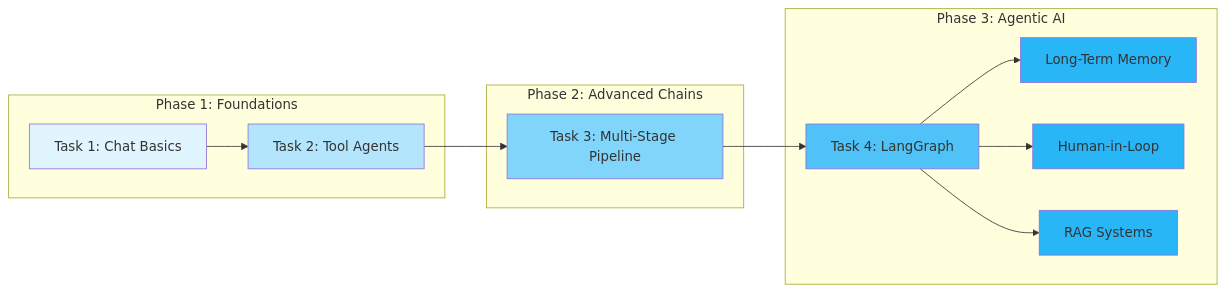
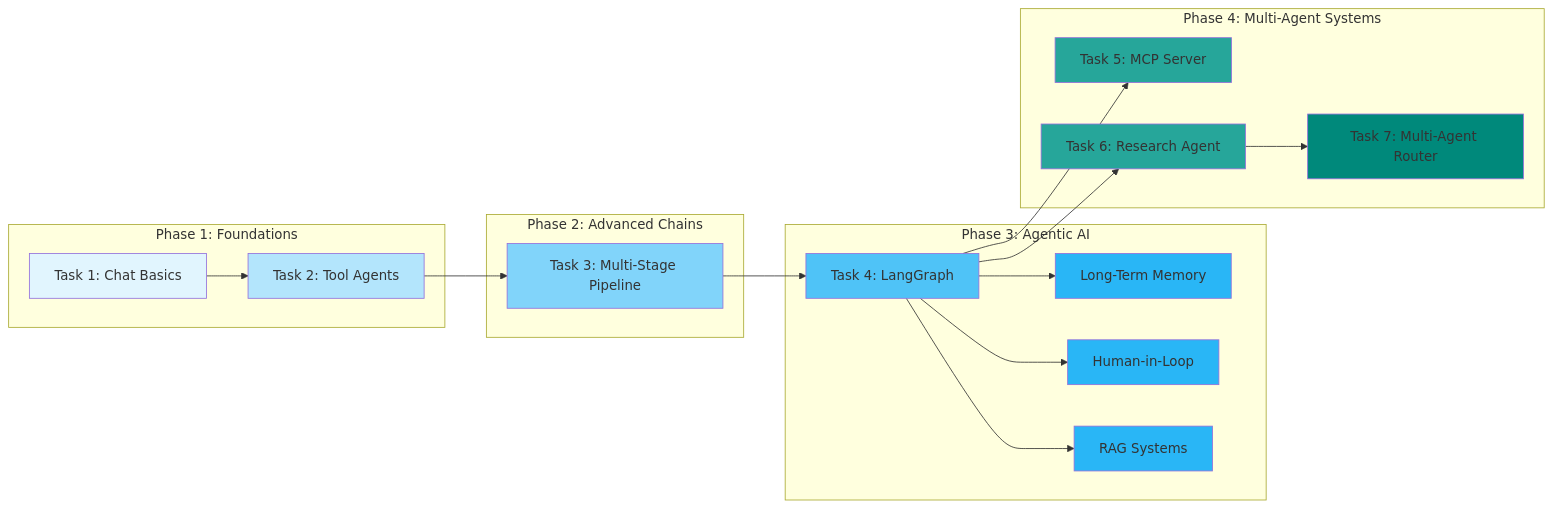
One commit to Aafimalek/learning changed the first of 40 diagrams in README.md. Above: the diagram before and after it, drawn with Mermaid. The commit also changed other lines of this file and 9 other files, not shown here.

````diff
--- a/README.md
+++ b/README.md
@@ -52,25 +53,34 @@
 ```mermaid
 graph LR
     subgraph "Phase 1: Foundations"
         A[Task 1: Chat Basics] --> B[Task 2: Tool Agents]
     end
     
     subgraph "Phase 2: Advanced Chains"
         B --> C[Task 3: Multi-Stage Pipeline]
     end
     
     subgraph "Phase 3: Agentic AI"
         C --> D[Task 4: LangGraph]
         D --> E[Long-Term Memory]
         D --> F[Human-in-Loop]
         D --> G[RAG Systems]
     end
     
+    subgraph "Phase 4: Multi-Agent Systems"
+        D --> H[Task 5: MCP Server]
+        D --> I[Task 6: Research Agent]
+        I --> J[Task 7: Multi-Agent Router]
+    end
+    
     style A fill:#e1f5fe
     style B fill:#b3e5fc
     style C fill:#81d4fa
     style D fill:#4fc3f7
     style E fill:#29b6f6
     style F fill:#29b6f6
     style G fill:#29b6f6
+    style H fill:#26a69a
+    style I fill:#26a69a
+    style J fill:#00897b
 ```
````
